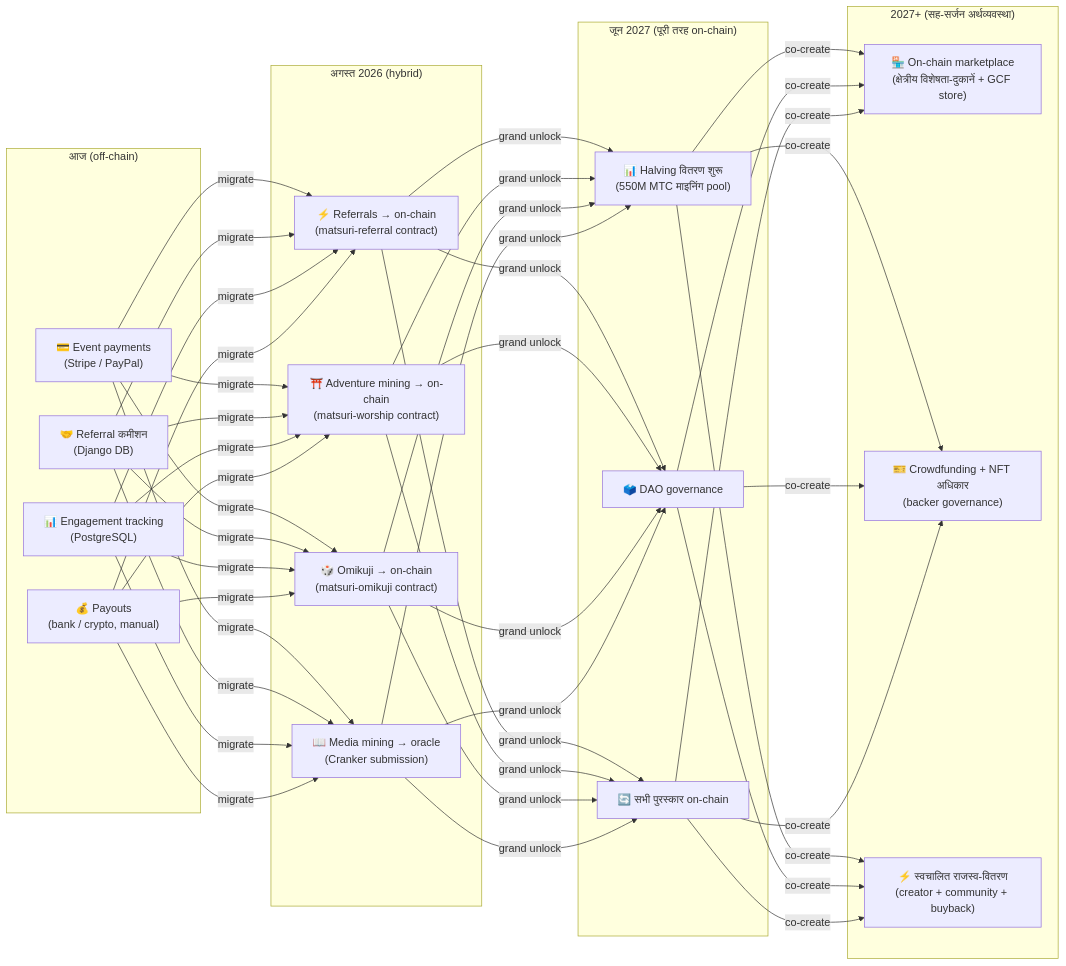
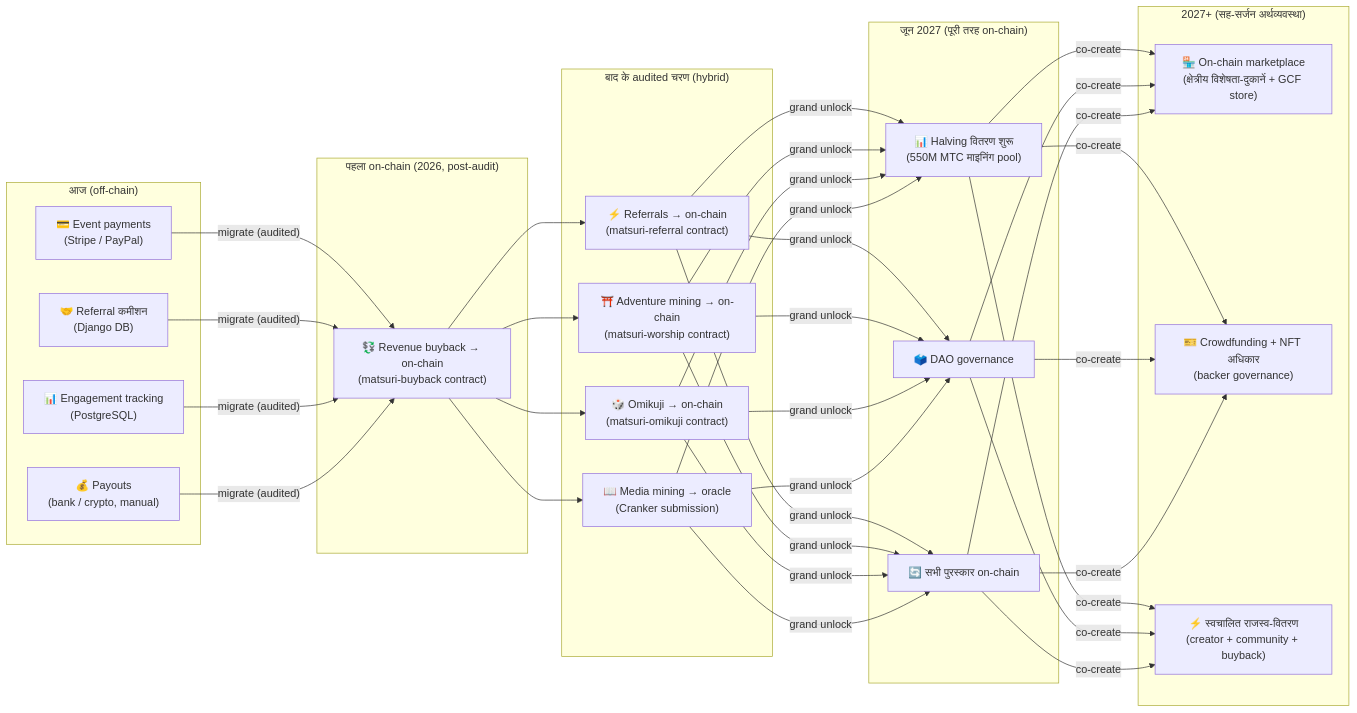
One commit to Cootakahashi/matsuri-dao-whitepaper changed the fourth of 4 diagrams in i18n/hi/docusaurus-plugin-content-docs/current/04-mining.md. Above: the diagram before and after it, drawn with Mermaid. The commit also changed other lines of this file and 79 other files, not shown here.

First line of the commit message:
docs: re-sequence on-chain roadmap to match the staged Hashlock audit (20 locales)

````diff
--- a/i18n/hi/docusaurus-plugin-content-docs/current/04-mining.md
+++ b/i18n/hi/docusaurus-plugin-content-docs/current/04-mining.md
@@ -334,28 +344,32 @@
 ```mermaid
 graph LR
     subgraph "आज (off-chain)"
         O1["💳 Event payments\n(Stripe / PayPal)"]
         O2["🤝 Referral कमीशन\n(Django DB)"]
         O3["📊 Engagement tracking\n(PostgreSQL)"]
         O4["💰 Payouts\n(bank / crypto, manual)"]
     end
-    subgraph "अगस्त 2026 (hybrid)"
+    subgraph "पहला on-chain (2026, post-audit)"
+        H0["💱 Revenue buyback → on-chain\n(matsuri-buyback contract)"]
+    end
+    subgraph "बाद के audited चरण (hybrid)"
         H1["⚡ Referrals → on-chain\n(matsuri-referral contract)"]
         H2["⛩️ Adventure mining → on-chain\n(matsuri-worship contract)"]
         H3["🎲 Omikuji → on-chain\n(matsuri-omikuji contract)"]
         H4["📖 Media mining → oracle\n(Cranker submission)"]
     end
     subgraph "जून 2027 (पूरी तरह on-chain)"
         F1["📊 Halving वितरण शुरू\n(550M MTC माइनिंग pool)"]
         F2["🗳️ DAO governance"]
         F3["🔄 सभी पुरस्कार on-chain"]
     end
     subgraph "2027+ (सह-सर्जन अर्थव्यवस्था)"
         G1["🏪 On-chain marketplace\n(क्षेत्रीय विशेषता-दुकानें + GCF store)"]
         G2["🎫 Crowdfunding + NFT अधिकार\n(backer governance)"]
         G3["⚡ स्वचालित राजस्व-वितरण\n(creator + community + buyback)"]
     end
-    O1 & O2 & O3 & O4 -->|"migrate"| H1 & H2 & H3 & H4
+    O1 & O2 & O3 & O4 -->|"migrate (audited)"| H0
+    H0 --> H1 & H2 & H3 & H4
     H1 & H2 & H3 & H4 -->|"grand unlock"| F1 & F2 & F3
     F1 & F2 & F3 -->|"co-create"| G1 & G2 & G3
 ```
````
